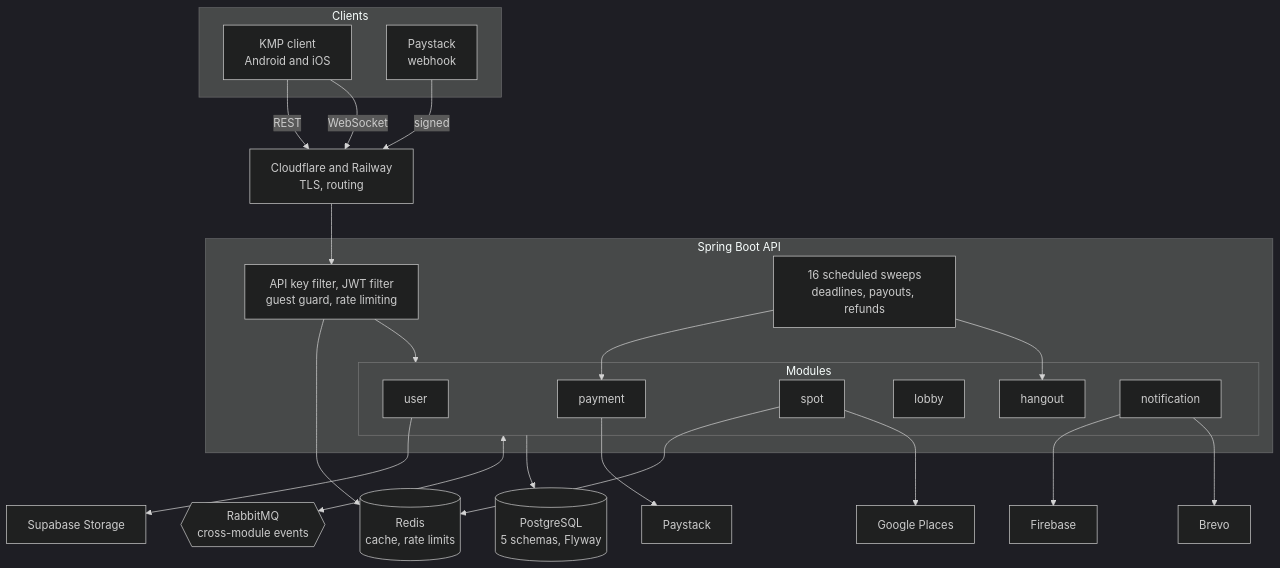
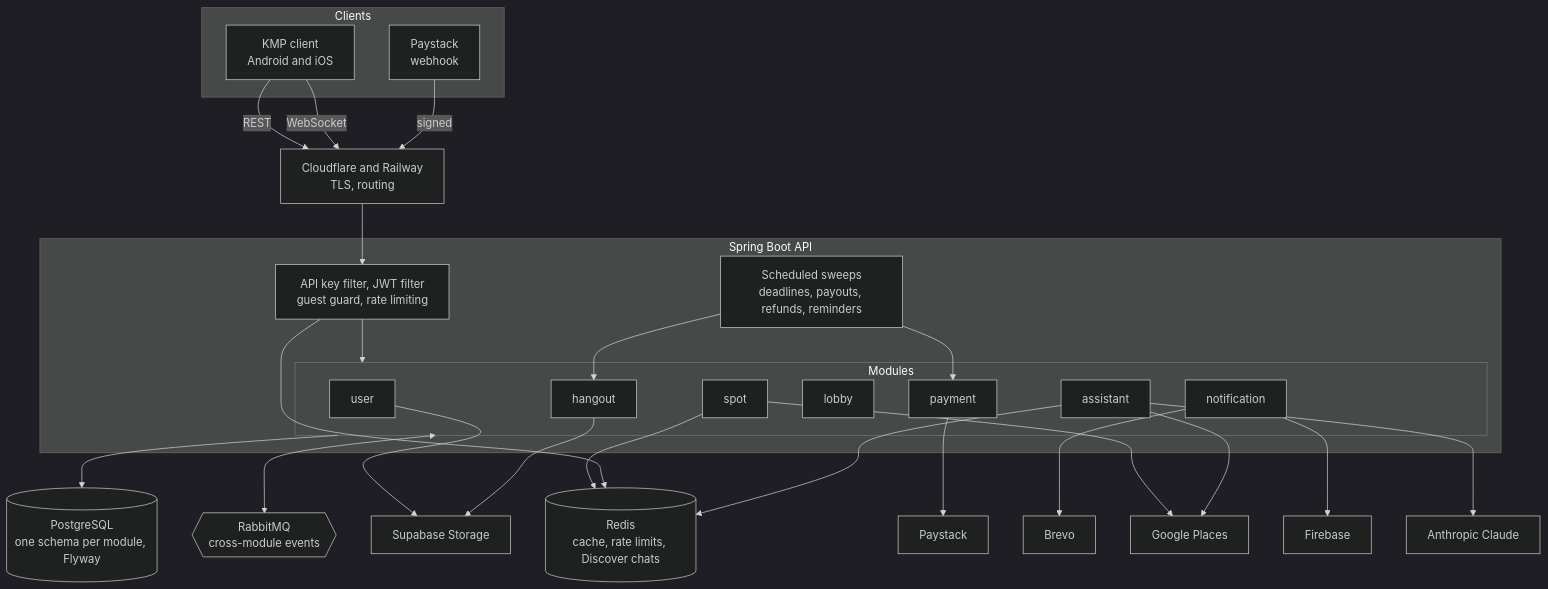
One commit to EEseka/lynk-api changed the first of 4 diagrams in README.md. Above: the diagram before and after it, drawn with Mermaid (dark theme). The commit also changed other lines of this file, not shown here.

````diff
--- a/README.md
+++ b/README.md
@@ -26,47 +28,53 @@
 ```mermaid
 flowchart TB
     subgraph clients [Clients]
         APP["KMP client<br/>Android and iOS"]
         PS_HOOK["Paystack<br/>webhook"]
     end
 
     EDGE["Cloudflare and Railway<br/>TLS, routing"]
 
     subgraph api [Spring Boot API]
         FILTERS["API key filter, JWT filter<br/>guest guard, rate limiting"]
         subgraph mods [Modules]
             USER[user]
             HANGOUT[hangout]
             SPOT[spot]
             LOBBY[lobby]
             PAYMENT[payment]
             NOTIF[notification]
+            ASSISTANT[assistant]
         end
-        SWEEPS["16 scheduled sweeps<br/>deadlines, payouts, refunds"]
+        SWEEPS["Scheduled sweeps<br/>deadlines, payouts, refunds, reminders"]
     end
 
     RABBIT{{"RabbitMQ<br/>cross-module events"}}
-    PG[("PostgreSQL<br/>5 schemas, Flyway")]
-    REDIS[("Redis<br/>cache, rate limits")]
+    PG[("PostgreSQL<br/>one schema per module, Flyway")]
+    REDIS[("Redis<br/>cache, rate limits, Discover chats")]
     PLACES["Google Places"]
     PAYSTACK["Paystack"]
     FCM["Firebase"]
     BREVO["Brevo"]
     STORAGE["Supabase Storage"]
+    CLAUDE["Anthropic Claude"]
     APP -->|REST| EDGE
     APP -->|WebSocket| EDGE
     PS_HOOK -->|signed| EDGE
     EDGE --> FILTERS
     FILTERS --> mods
     SWEEPS --> PAYMENT
     SWEEPS --> HANGOUT
     mods <--> RABBIT
     mods --> PG
     SPOT --> REDIS
     FILTERS --> REDIS
     SPOT --> PLACES
     PAYMENT --> PAYSTACK
     NOTIF --> FCM
     NOTIF --> BREVO
     USER --> STORAGE
+    HANGOUT --> STORAGE
+    ASSISTANT --> CLAUDE
+    ASSISTANT --> PLACES
+    ASSISTANT --> REDIS
 ```
````
